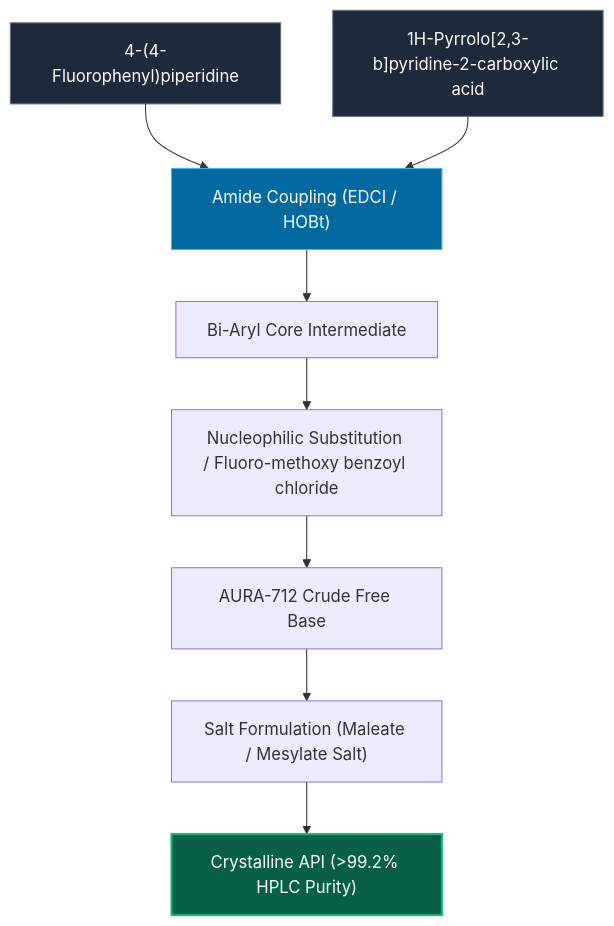
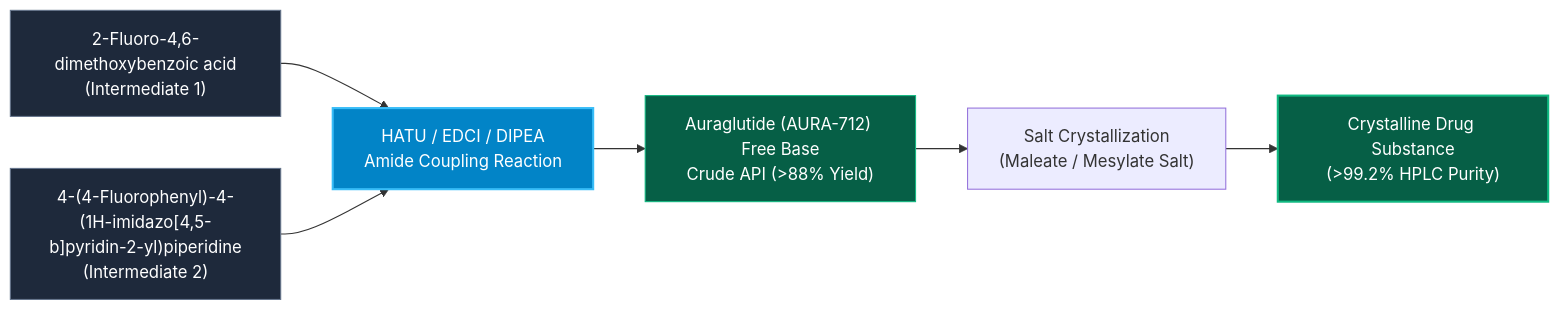
One commit to maxcomperatore/auranucleix changed the second of 2 diagrams in README.md. Above: the diagram before and after it, drawn with Mermaid. The commit also changed other lines of this file and 4 other files, not shown here.

````diff
--- a/README.md
+++ b/README.md
@@ -244,17 +217,15 @@
 ```mermaid
-flowchart TD
-    Pre1["4-(4-Fluorophenyl)piperidine"] --> Couple["Amide Coupling (EDCI / HOBt)"]
-    Pre2["1H-Pyrrolo[2,3-b]pyridine-2-carboxylic acid"] --> Couple
+flowchart LR
+    A["2-Fluoro-4,6-dimethoxybenzoic acid\n(Intermediate 1)"] --> Couple["HATU / EDCI / DIPEA\nAmide Coupling Reaction"]
+    B["4-(4-Fluorophenyl)-4-(1H-imidazo[4,5-b]pyridin-2-yl)piperidine\n(Intermediate 2)"] --> Couple
     
-    Couple --> Inter["Bi-Aryl Core Intermediate"]
-    Inter --> Sub["Nucleophilic Substitution / Fluoro-methoxy benzoyl chloride"]
-    
-    Sub --> Crude["AURA-712 Crude Free Base"]
-    Crude --> Salt["Salt Formulation (Maleate / Mesylate Salt)"]
-    Salt --> Final["Crystalline API (>99.2% HPLC Purity)"]
+    Couple --> C["Auraglutide (AURA-712) Free Base\nCrude API (>88% Yield)"]
+    C --> D["Salt Crystallization\n(Maleate / Mesylate Salt)"]
+    D --> E["Crystalline Drug Substance\n(>99.2% HPLC Purity)"]
 
-    style Pre1 fill:#1e293b,stroke:#64748b,color:#fff
-    style Pre2 fill:#1e293b,stroke:#64748b,color:#fff
-    style Couple fill:#0369a1,stroke:#38bdf8,color:#fff
-    style Final fill:#065f46,stroke:#10b981,stroke-width:2px,color:#fff
+    style A fill:#1e293b,stroke:#64748b,color:#fff
+    style B fill:#1e293b,stroke:#64748b,color:#fff
+    style Couple fill:#0284c7,stroke:#38bdf8,stroke-width:2px,color:#fff
+    style C fill:#065f46,stroke:#10b981,color:#fff
+    style E fill:#065f46,stroke:#10b981,stroke-width:2px,color:#fff
 ```
````
